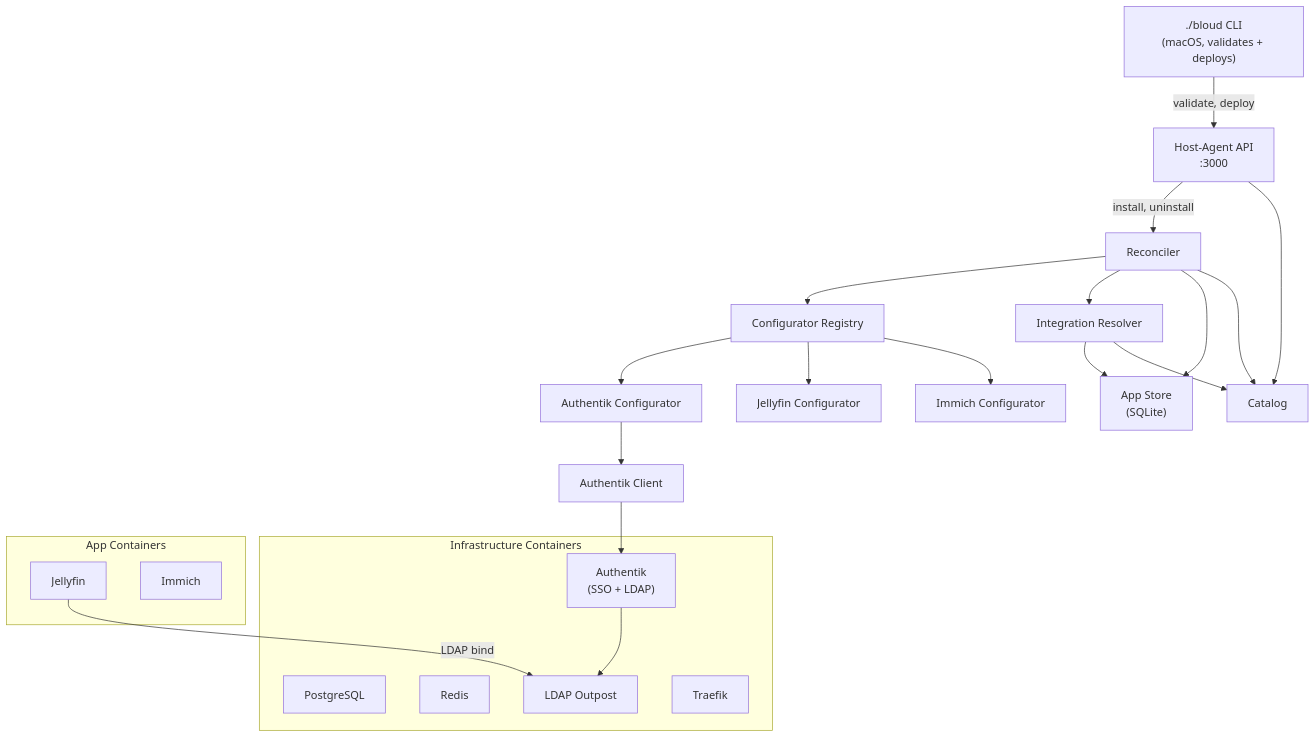
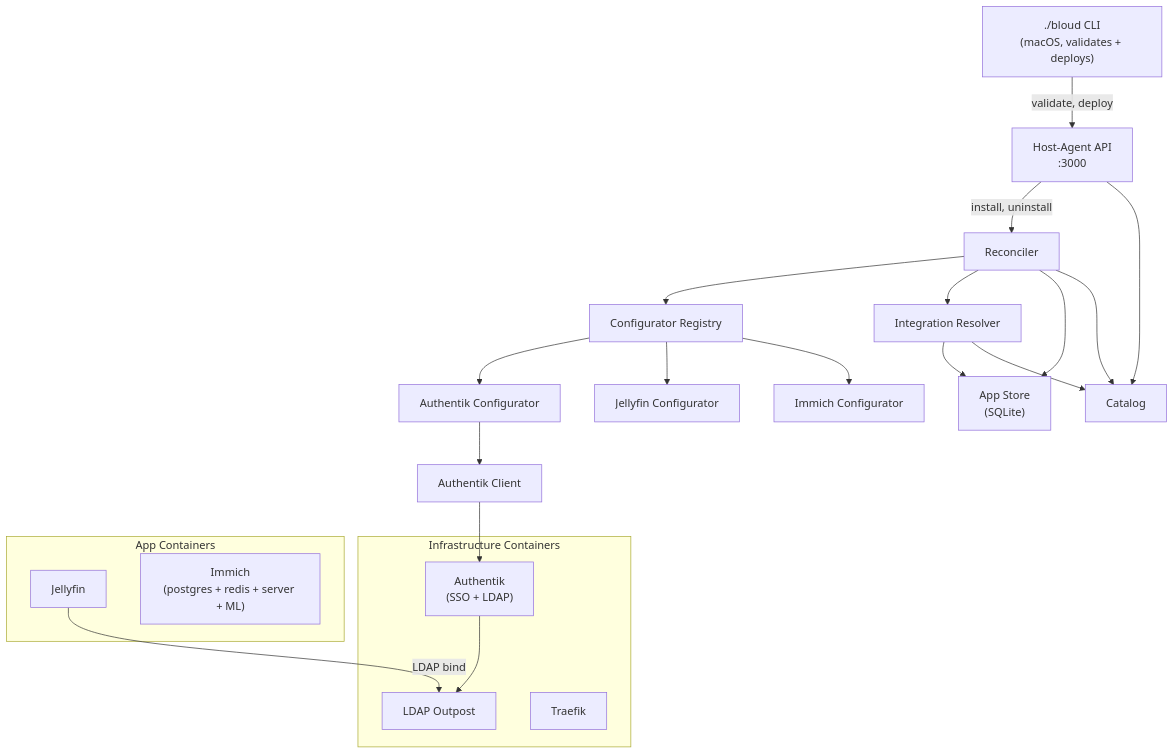
Before and after one commit to d-buckner/bloud: the diagram in docs/portable-runtime-architecture.md, drawn with Mermaid. The commit also changed other lines of this file and 2 other files, not shown here.

First line of the commit message:
docs: remove system postgres/redis references

````diff
--- a/docs/portable-runtime-architecture.md
+++ b/docs/portable-runtime-architecture.md
@@ -9,45 +9,43 @@
 ```mermaid
 graph TD
     CLI["./bloud CLI<br/>(macOS, validates + deploys)"]
     API["Host-Agent API<br/>:3000"]
     CAT["Catalog"]
     REC["Reconciler"]
     INT["Integration Resolver"]
     REG["Configurator Registry"]
     AK_CFG["Authentik Configurator"]
     JF_CFG["Jellyfin Configurator"]
     IM_CFG["Immich Configurator"]
     AK_CLIENT["Authentik Client"]
     STORE["App Store<br/>(SQLite)"]
 
     CLI -->|validate, deploy| API
     API -->|install, uninstall| REC
     API --> CAT
     REC --> REG
     REC --> INT
     REC --> STORE
     REC --> CAT
     INT --> STORE
     INT --> CAT
     REG --> AK_CFG
     REG --> JF_CFG
     REG --> IM_CFG
     AK_CFG --> AK_CLIENT
 
     subgraph "Infrastructure Containers"
-        PG["PostgreSQL"]
-        REDIS["Redis"]
         AK["Authentik<br/>(SSO + LDAP)"]
         LDAP["LDAP Outpost"]
         TR["Traefik"]
     end
 
     subgraph "App Containers"
         JF["Jellyfin"]
-        IM["Immich"]
+        IM["Immich<br/>(postgres + redis + server + ML)"]
     end
 
     AK_CLIENT --> AK
     AK --> LDAP
     JF -->|LDAP bind| LDAP
 ```
````
